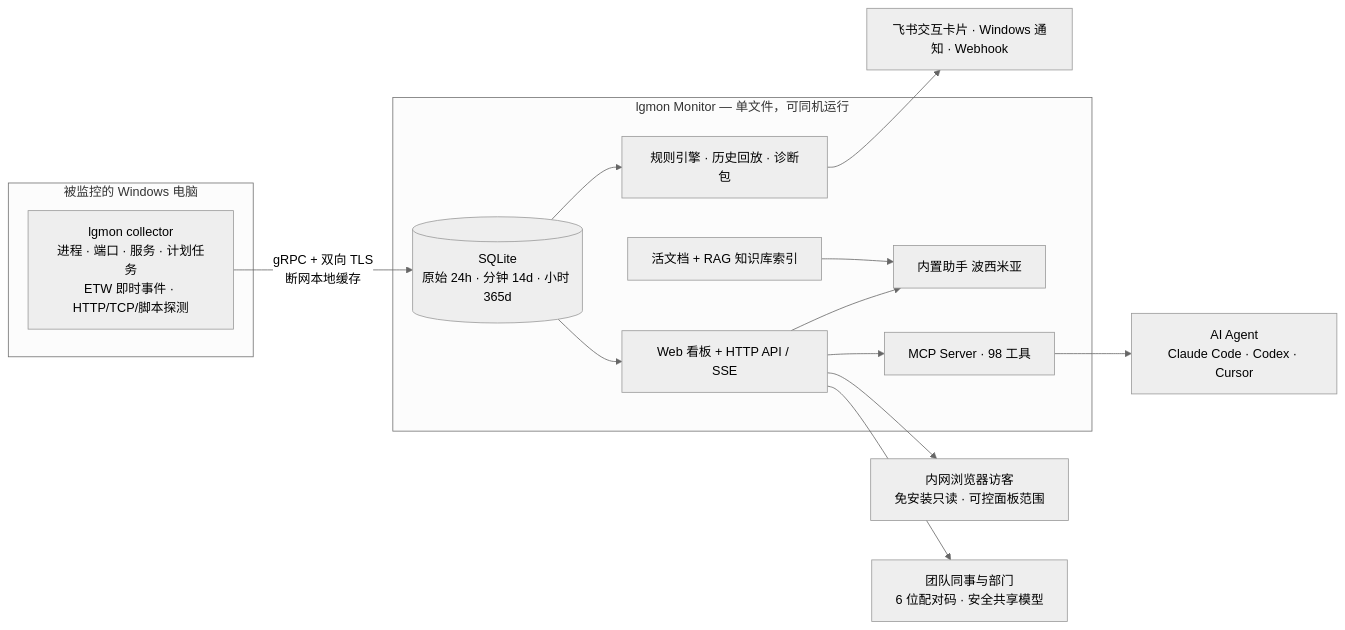
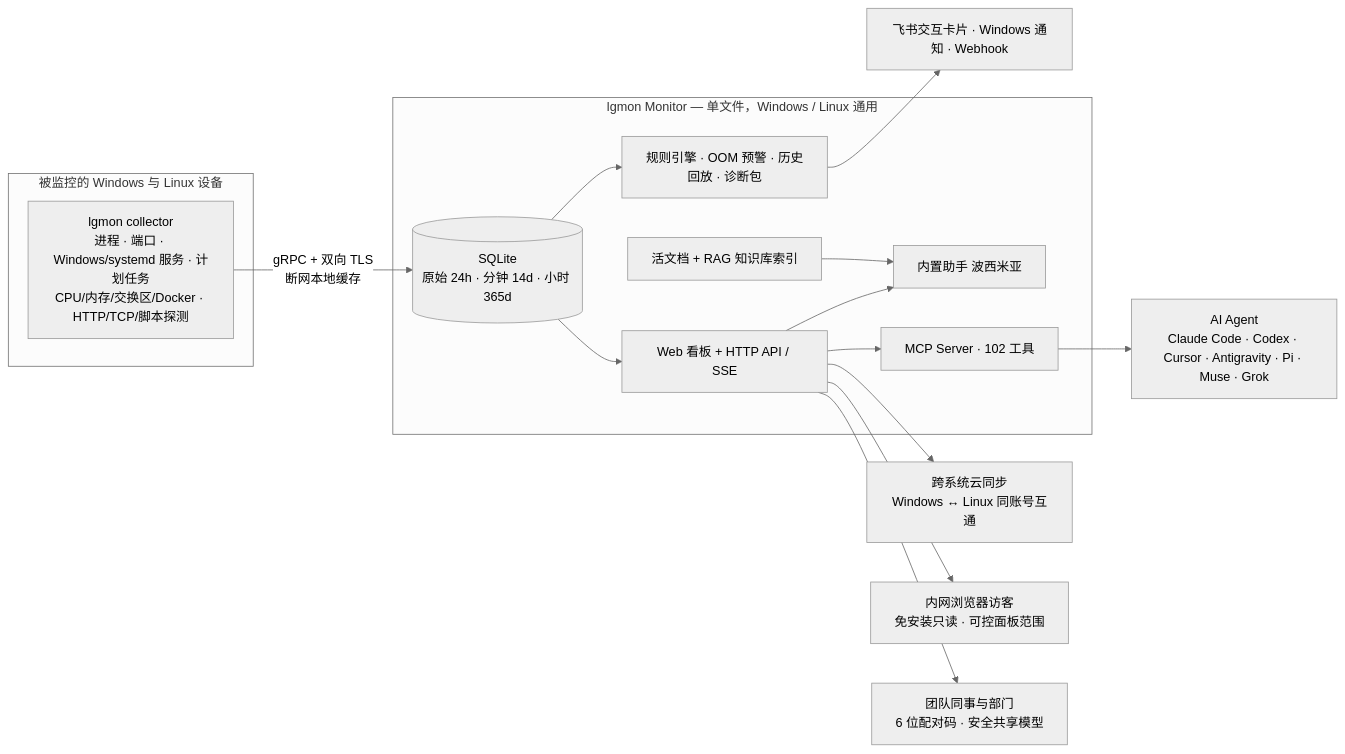
Before and after one commit to LFenX/lg-monitor: the diagram in README.zh-CN.md, drawn with Mermaid (neutral theme). The commit also changed other lines of this file and 2 other files, not shown here.

Commit message:
U25-08: update README for Windows & Linux support and v0.18.0 release

````diff
--- a/README.zh-CN.md
+++ b/README.zh-CN.md
@@ -183,22 +194,23 @@
 ```mermaid
 flowchart LR
-  subgraph PC[被监控的 Windows 电脑]
-    C[lgmon collector<br/>进程 · 端口 · 服务 · 计划任务<br/>ETW 即时事件 · HTTP/TCP/脚本探测]
+  subgraph PC[被监控的 Windows 与 Linux 设备]
+    C[lgmon collector<br/>进程 · 端口 · Windows/systemd 服务 · 计划任务<br/>CPU/内存/交换区/Docker · HTTP/TCP/脚本探测]
   end
-  subgraph M[lgmon Monitor — 单文件，可同机运行]
+  subgraph M[lgmon Monitor — 单文件，Windows / Linux 通用]
     S[(SQLite<br/>原始 24h · 分钟 14d · 小时 365d)]
-    R[规则引擎 · 历史回放 · 诊断包]
+    R[规则引擎 · OOM 预警 · 历史回放 · 诊断包]
     D[活文档 + RAG 知识库索引]
     W[Web 看板 + HTTP API / SSE]
-    P[MCP Server · 98 工具]
+    P[MCP Server · 102 工具]
     B[内置助手 波西米亚]
   end
   C -- gRPC + 双向 TLS<br/>断网本地缓存 --> S
   S --> R --> N[飞书交互卡片 · Windows 通知 · Webhook]
   S --> W
   D --> B
   W --> B
-  W --> P --> A[AI Agent<br/>Claude Code · Codex · Cursor]
+  W --> P --> A[AI Agent<br/>Claude Code · Codex · Cursor · Antigravity · Pi · Muse · Grok]
+  W --> X[跨系统云同步<br/>Windows ↔ Linux 同账号互通]
   W --> G[内网浏览器访客<br/>免安装只读 · 可控面板范围]
   W --> L[团队同事与部门<br/>6 位配对码 · 安全共享模型]
 ```
````
